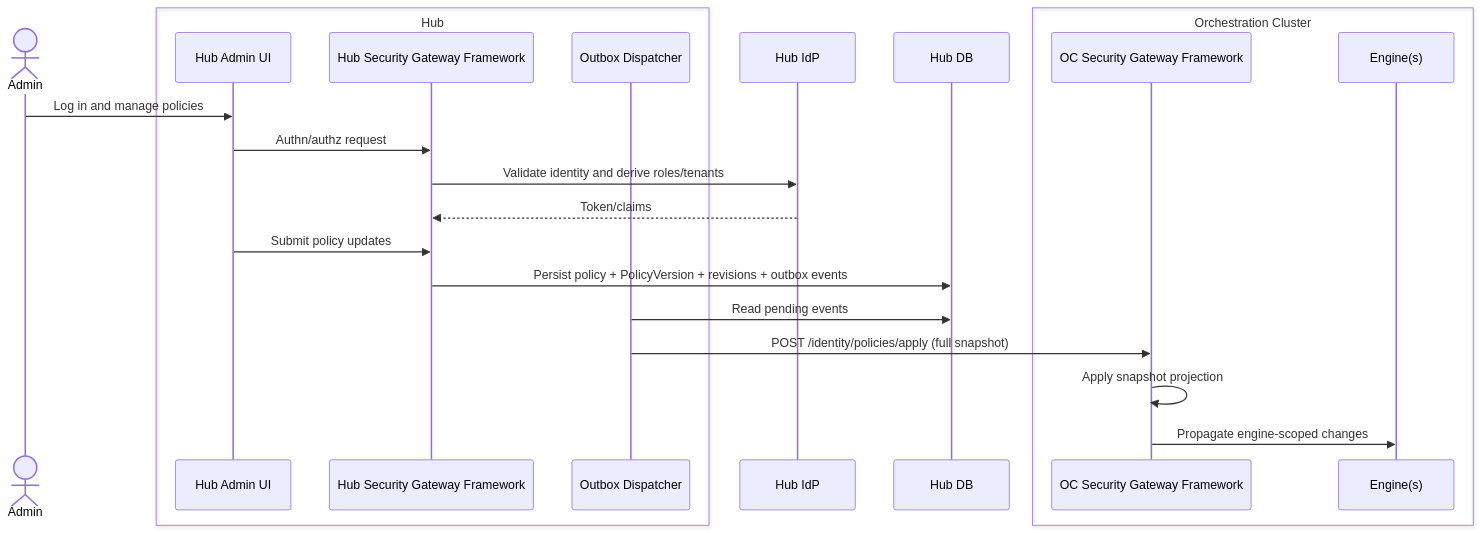
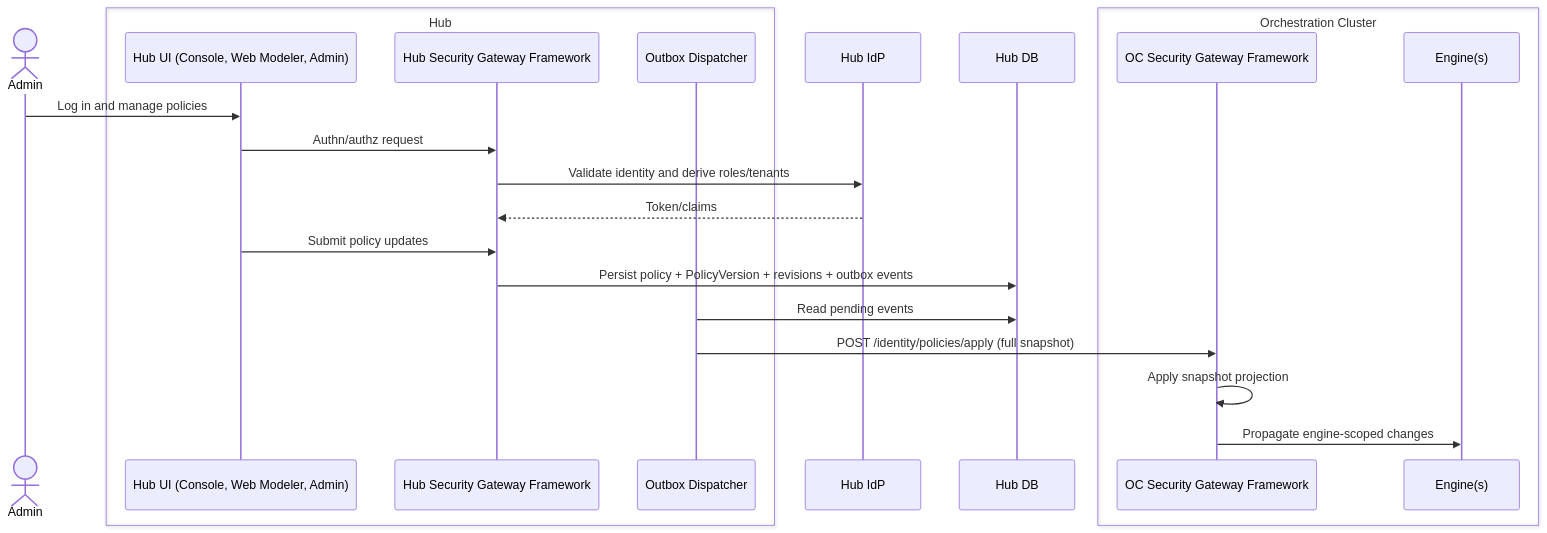
One commit to camunda/camunda-security-library changed diagram 16 of 22 in docs/architecture_docs.md. Above: the diagram before and after it, drawn with Mermaid. The commit also changed other lines of this file, not shown here.

First line of the commit message:
docs: Refined architecture doc:

````diff
--- a/docs/architecture_docs.md
+++ b/docs/architecture_docs.md
@@ -1467,26 +1544,26 @@
 ```mermaid
 sequenceDiagram
   actor Admin
   box Hub
-    participant HubUI as Hub Admin UI
+    participant HubUI as Hub UI (Console, Web Modeler, Admin)
     participant HubSGF as Hub Security Gateway Framework
     participant Outbox as Outbox Dispatcher
   end
   participant IdP as Hub IdP
   participant HubDB as Hub DB
   box Orchestration Cluster
     participant OCSGF as OC Security Gateway Framework
     participant Engine as Engine(s)
   end
 
   Admin->>HubUI: Log in and manage policies
   HubUI->>HubSGF: Authn/authz request
   HubSGF->>IdP: Validate identity and derive roles/tenants
   IdP-->>HubSGF: Token/claims
   HubUI->>HubSGF: Submit policy updates
   HubSGF->>HubDB: Persist policy + PolicyVersion + revisions + outbox events
   Outbox->>HubDB: Read pending events
   Outbox->>OCSGF: POST /identity/policies/apply (full snapshot)
   OCSGF->>OCSGF: Apply snapshot projection
   OCSGF->>Engine: Propagate engine-scoped changes
 ```
````
